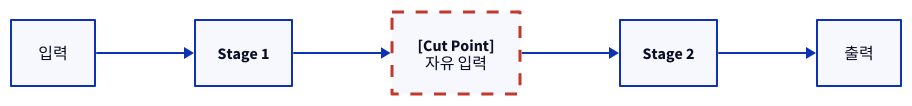
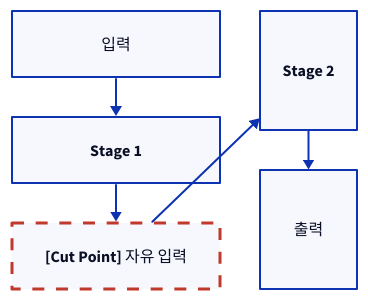
One commit to humbleowl39/DV_SKOOL changed the second of 2 diagrams in topics/formal_verification/docs/03_jaspergold_and_strategy.md. Above: the diagram before and after it, drawn with D2. The commit also changed 90 other files, not shown here.

First line of the commit message:
docs: 전 토픽 다이어그램 정비 — ASCII→D2, mermaid→D2, 과대 D2 가시성 수정

````diff
--- a/topics/formal_verification/docs/03_jaspergold_and_strategy.md
+++ b/topics/formal_verification/docs/03_jaspergold_and_strategy.md
@@ -348,13 +348,13 @@
 ```d2
-direction: right
+grid-columns: 2
 
 IN: "입력"
 S1: "Stage 1"
 IN -> S1
-CP: "[Cut Point]\n자유 입력" { style.stroke: "#c0392b"; style.stroke-width: 3; style.stroke-dash: 4 }
+CP: "[Cut Point] 자유 입력" { style.stroke: "#c0392b"; style.stroke-width: 3; style.stroke-dash: 4 }
 S1 -> CP
 S2: "Stage 2"
 CP -> S2
 OUT: "출력"
 S2 -> OUT
 ```
````
